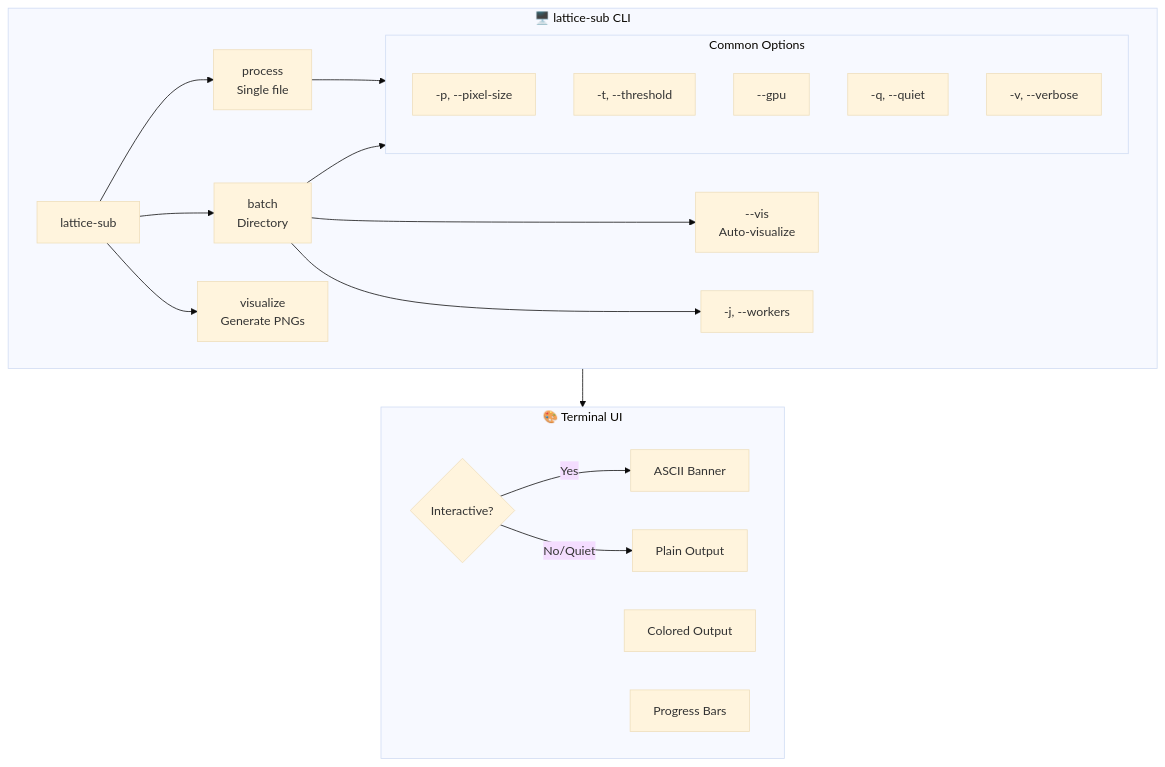
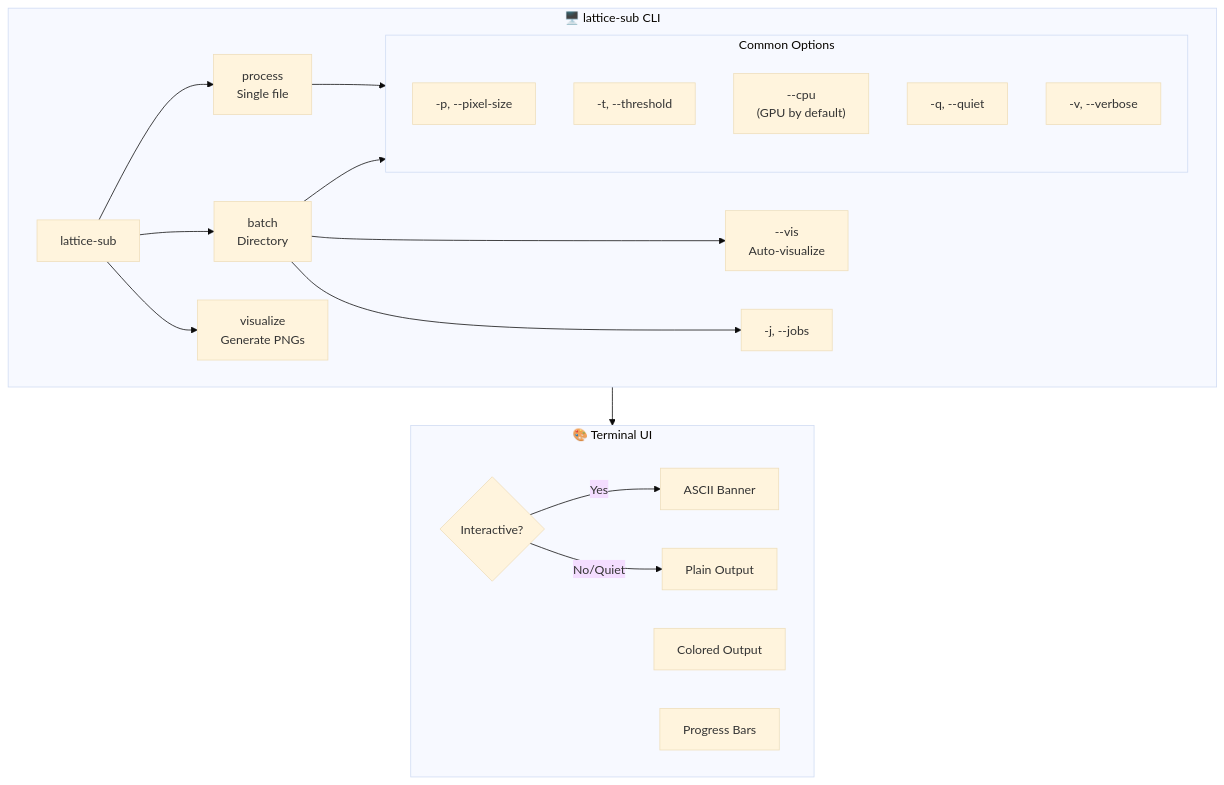
Before and after one commit to gsstephenson/cryoem-lattice-subtraction: the third of 5 diagrams in docs/architecture.md, drawn with Mermaid (base theme). The commit also changed 11 other files, not shown here.

````diff
--- a/docs/architecture.md
+++ b/docs/architecture.md
@@ -118,35 +118,35 @@
 ```mermaid
 flowchart TB
     subgraph CLI["🖥️ lattice-sub CLI"]
         MAIN["lattice-sub"]
         
         MAIN --> PROCESS["process<br/>Single file"]
         MAIN --> BATCH["batch<br/>Directory"]
         MAIN --> VIZ["visualize<br/>Generate PNGs"]
         
         subgraph Options["Common Options"]
             PIXEL["-p, --pixel-size"]
             THRESH["-t, --threshold"]
-            GPU["--gpu"]
+            CPU["--cpu<br/>(GPU by default)"]
             QUIET["-q, --quiet"]
             VERBOSE["-v, --verbose"]
         end
         
         PROCESS --> Options
         BATCH --> Options
         BATCH --> VIS_OPT["--vis<br/>Auto-visualize"]
-        BATCH --> WORKERS["-j, --workers"]
+        BATCH --> WORKERS["-j, --jobs"]
     end
 
     subgraph UI["🎨 Terminal UI"]
         BANNER["ASCII Banner"]
         COLORS["Colored Output"]
         PROGRESS["Progress Bars"]
         TTY{"Interactive?"}
         
         TTY -->|Yes| BANNER
         TTY -->|No/Quiet| PLAIN["Plain Output"]
     end
 
     CLI --> UI
 ```
````
